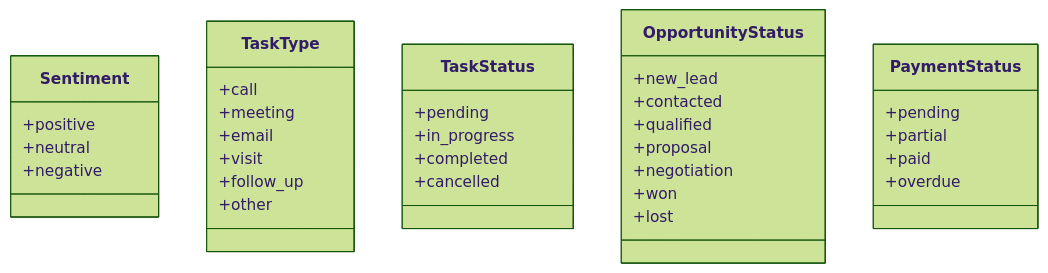
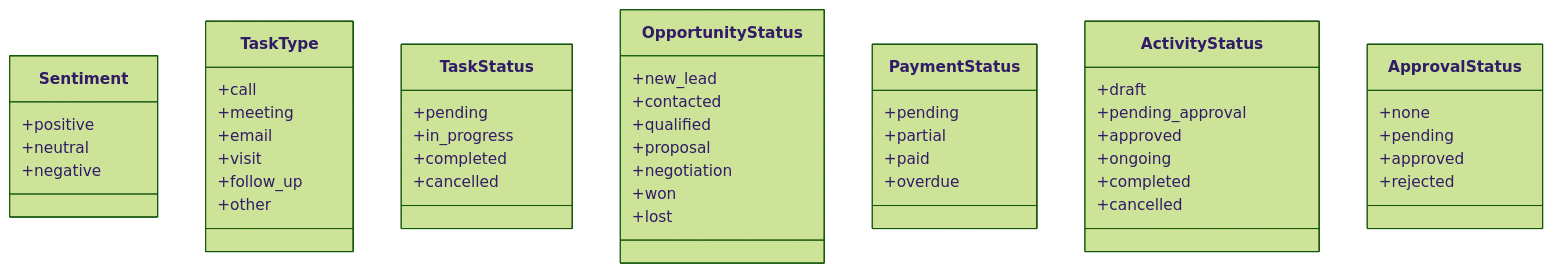
Before and after one commit to xianjianshenqu/SalesFlow-CRM: the third of 20 diagrams in .qoder/repowiki/zh/content/Database Schema.md, drawn with Mermaid (forest theme). The commit also changed other lines of this file and 5 other files, not shown here.

````diff
--- a/.qoder/repowiki/zh/content/Database Schema.md
+++ b/.qoder/repowiki/zh/content/Database Schema.md
@@ -150,37 +231,51 @@
 ```mermaid
 classDiagram
 class Sentiment {
 +positive
 +neutral
 +negative
 }
 class TaskType {
 +call
 +meeting
 +email
 +visit
 +follow_up
 +other
 }
 class TaskStatus {
 +pending
 +in_progress
 +completed
 +cancelled
 }
 class OpportunityStatus {
 +new_lead
 +contacted
 +qualified
 +proposal
 +negotiation
 +won
 +lost
 }
 class PaymentStatus {
 +pending
 +partial
 +paid
 +overdue
 }
+class ActivityStatus {
++draft
++pending_approval
++approved
++ongoing
++completed
++cancelled
+}
+class ApprovalStatus {
++none
++pending
++approved
++rejected
+}
 ```
````
